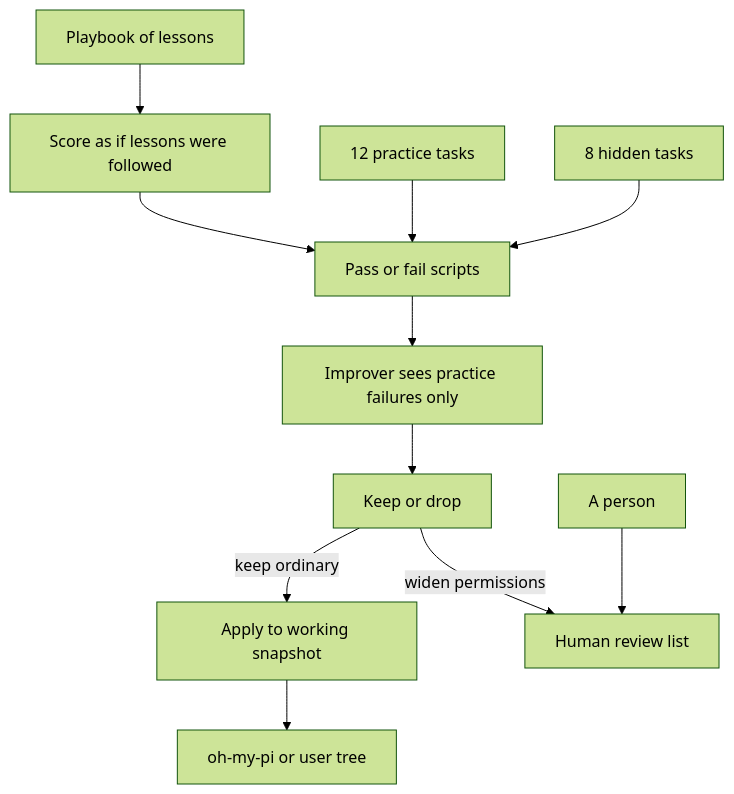
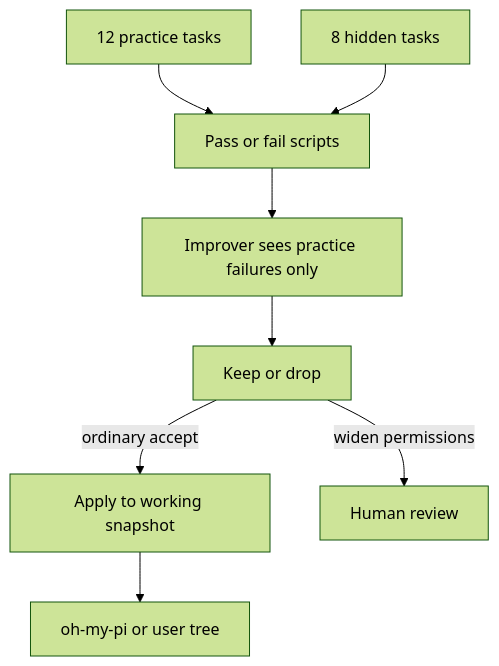
One commit to Vinayak-RZ/Improveness changed the diagram in README.md. Above: the diagram before and after it, drawn with Mermaid (forest theme). The commit also changed other lines of this file and 5 other files, not shown here.

````diff
--- a/README.md
+++ b/README.md
@@ -175,13 +109,10 @@
 ```mermaid
 flowchart TD
-  playbook[Playbook of lessons] --> solver[Score as if lessons were followed]
-  solver --> checker[Pass or fail scripts]
-  practice[12 practice tasks] --> checker
+  practice[12 practice tasks] --> checker[Pass or fail scripts]
   hidden[8 hidden tasks] --> checker
   checker --> improver[Improver sees practice failures only]
   improver --> decide[Keep or drop]
-  decide -->|keep ordinary| apply[Apply to working snapshot]
+  decide -->|ordinary accept| apply[Apply to working snapshot]
   apply --> snapshot[oh-my-pi or user tree]
-  decide -->|widen permissions| queue[Human review list]
-  person[A person] --> queue
+  decide -->|widen permissions| human[Human review]
 ```
````
